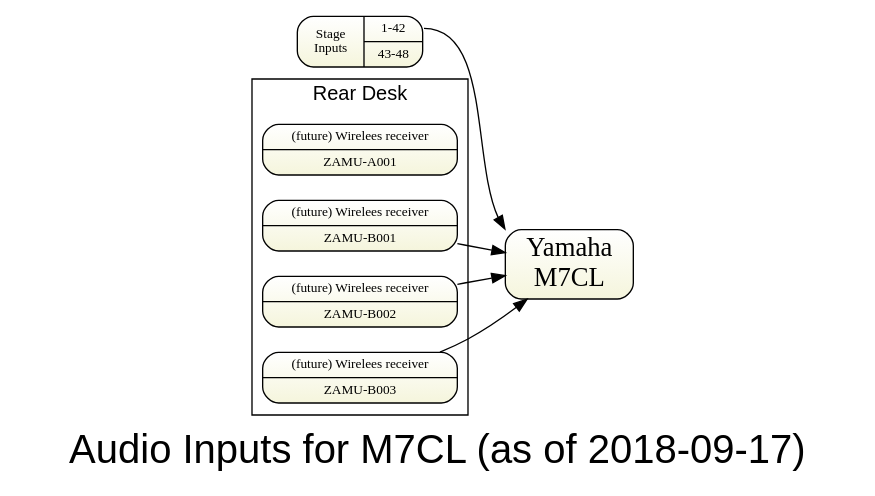
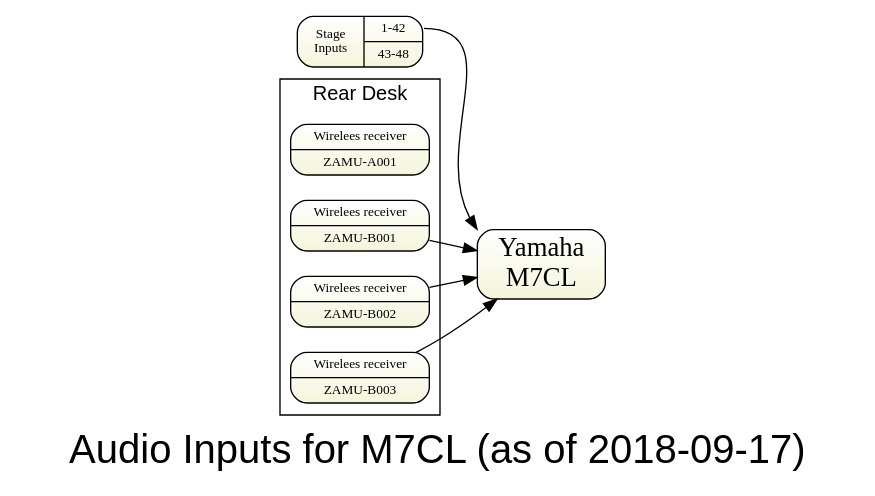
One commit to avmaint/uactechdoc changed the diagram in sda-inputs-m7.gv. Above: the diagram before and after it, drawn with Graphviz.

Commit message:
removed the future tag on the wirless units.

```diff
--- a/sda-inputs-m7.gv
+++ b/sda-inputs-m7.gv
@@ -1,27 +1,27 @@
 digraph topology1 { 
 graph [overlap = true, fontsize = 30, rankdir=LR 
       label="Audio Inputs for M7CL (as of 2018-09-17)",
       fontname = Helvetica]
 
 node [shape=Mrecord, tooltip="" , fontsize = 10,
       fillcolor="white:beige" , style=filled  
       gradientangle=270]
 
 stage [label="{ Stage\nInputs
 |{<o1>1-42 
 | <o2>43-48   
 } }"]  
 
 m7 [label="Yamaha\nM7CL" fontsize=20 ]
 
 subgraph cluster_rear { label="Rear Desk" fontsize=15
-  zamua001 [label="(future) Wirelees receiver|ZAMU-A001"]
-  zamub001 [label="(future) Wirelees receiver|ZAMU-B001"]
-  zamub002 [label="(future) Wirelees receiver|ZAMU-B002"]
-  zamub003 [label="(future) Wirelees receiver|ZAMU-B003"]
+  zamua001 [label="Wirelees receiver|ZAMU-A001"]
+  zamub001 [label="Wirelees receiver|ZAMU-B001"]
+  zamub002 [label="Wirelees receiver|ZAMU-B002"]
+  zamub003 [label="Wirelees receiver|ZAMU-B003"]
 }
 
 {zamub001 zamub002 zamub003} -> m7
 
 stage:o1 -> m7:i2
 }
```
